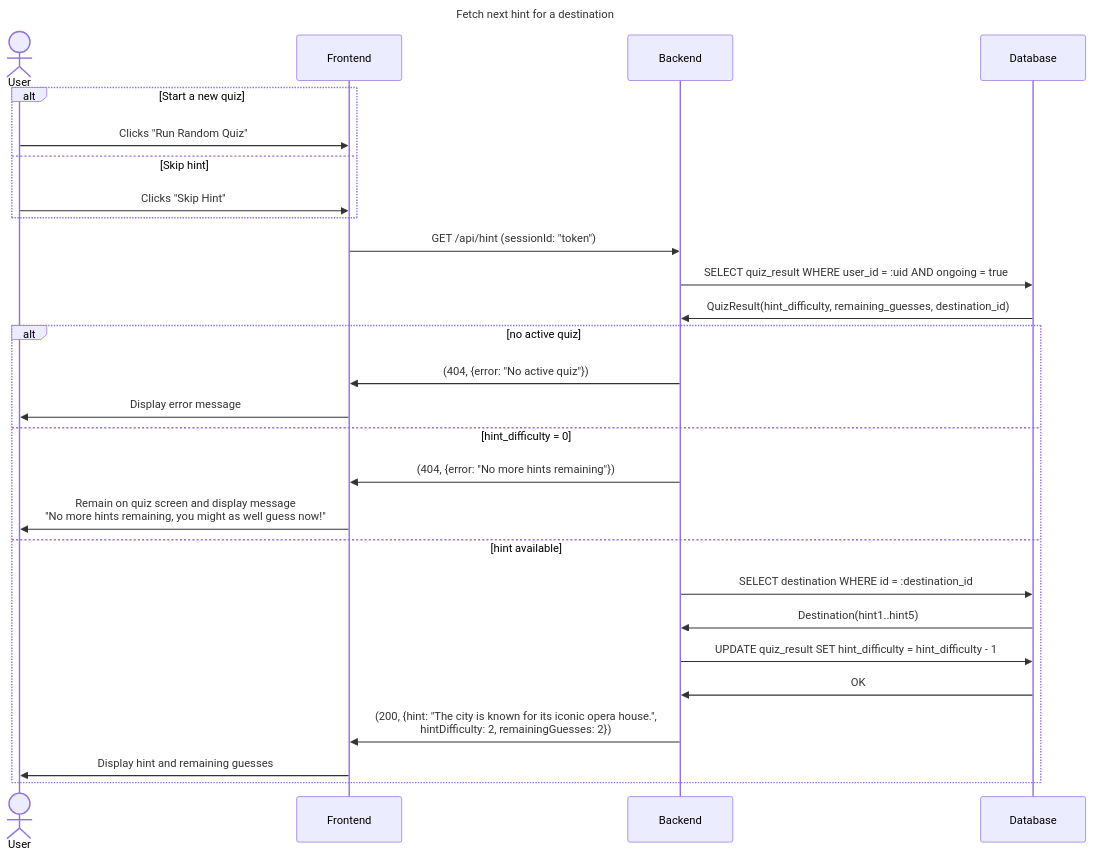
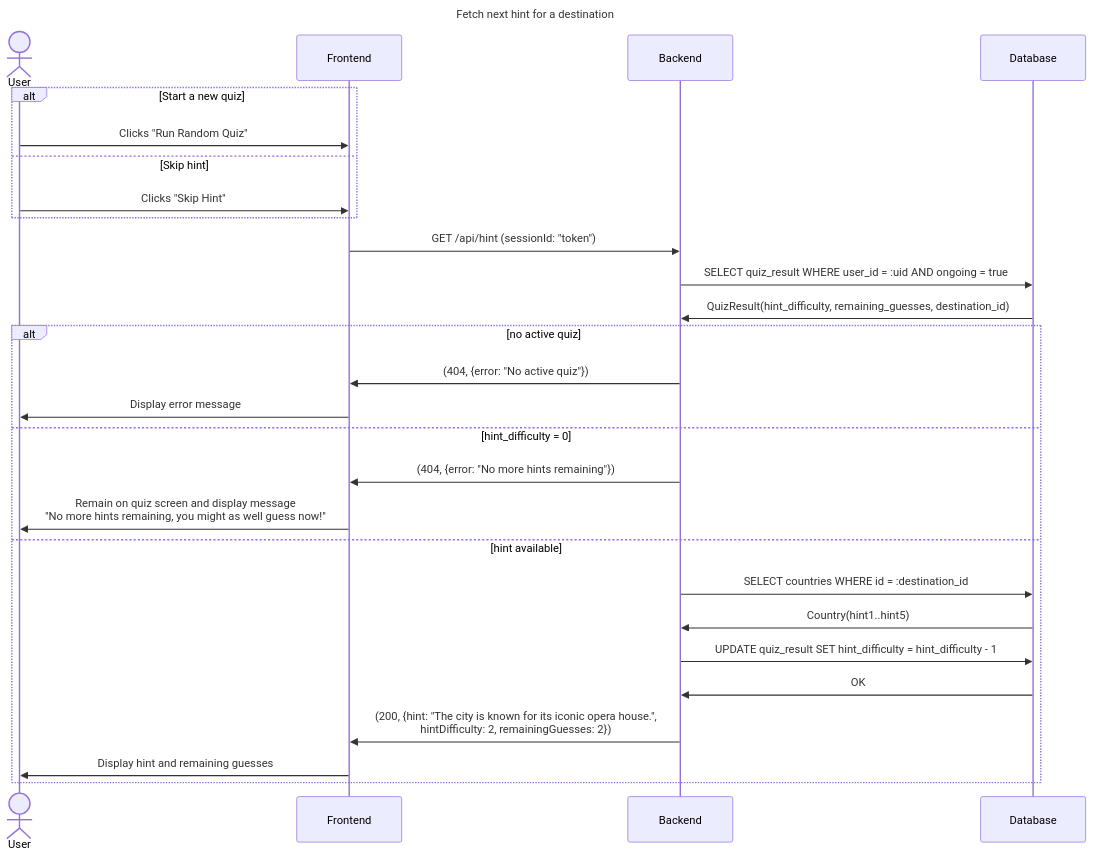
Before and after one commit to fylke/travel-quizzer: the diagram in docs/hint.md, drawn with Mermaid. The commit also changed 9 other files, not shown here.

Commit message:
Rename destination table to countries and restructure media paths

````diff
--- a/docs/hint.md
+++ b/docs/hint.md
@@ -1,35 +1,35 @@
 ```mermaid
 sequenceDiagram
     title Fetch next hint for a destination
 
     actor User
     participant Frontend
     participant Backend
     participant Database
 
     alt Start a new quiz
         User->>Frontend: Clicks "Run Random Quiz"
     else Skip hint
         User->>Frontend: Clicks "Skip Hint"
     end
 
     Frontend->>Backend: GET /api/hint (sessionId: "token")
 
     Backend->>Database: SELECT quiz_result WHERE user_id = :uid AND ongoing = true
     Database->>Backend: QuizResult(hint_difficulty, remaining_guesses, destination_id)
 
     alt no active quiz
         Backend->>Frontend: (404, {error: "No active quiz"})
         Frontend->>User: Display error message
     else hint_difficulty = 0
         Backend->>Frontend: (404, {error: "No more hints remaining"})
         Frontend->>User: Remain on quiz screen and display message<br/>"No more hints remaining, you might as well guess now!"
     else hint available
-        Backend->>Database: SELECT destination WHERE id = :destination_id
-        Database->>Backend: Destination(hint1..hint5)
+        Backend->>Database: SELECT countries WHERE id = :destination_id
+        Database->>Backend: Country(hint1..hint5)
         Backend->>Database: UPDATE quiz_result SET hint_difficulty = hint_difficulty - 1
         Database->>Backend: OK
         Backend->>Frontend: (200, {hint: "The city is known for its iconic opera house.",<br/>hintDifficulty: 2, remainingGuesses: 2})
         Frontend->>User: Display hint and remaining guesses
     end
 ```
````
